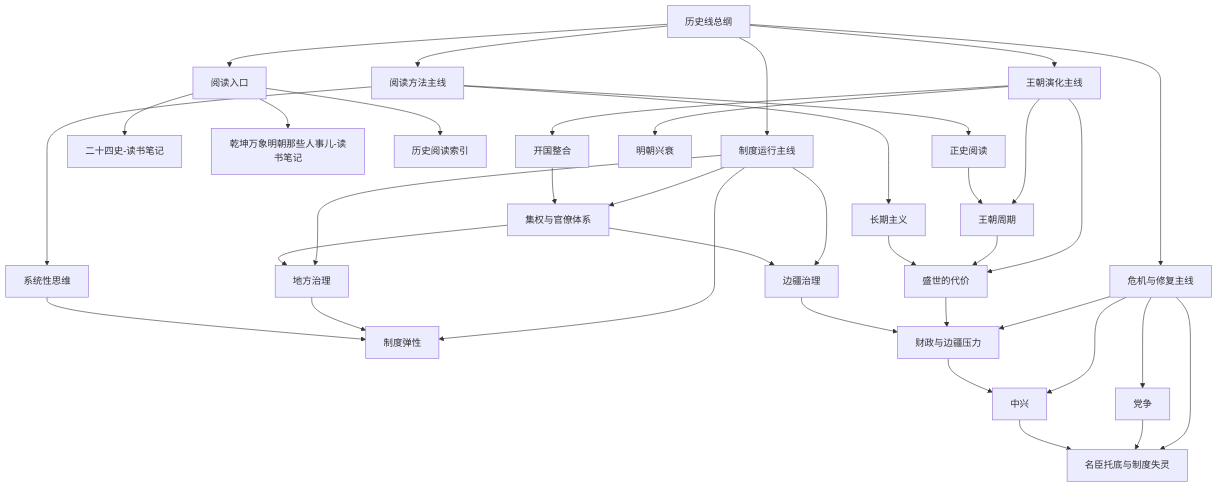
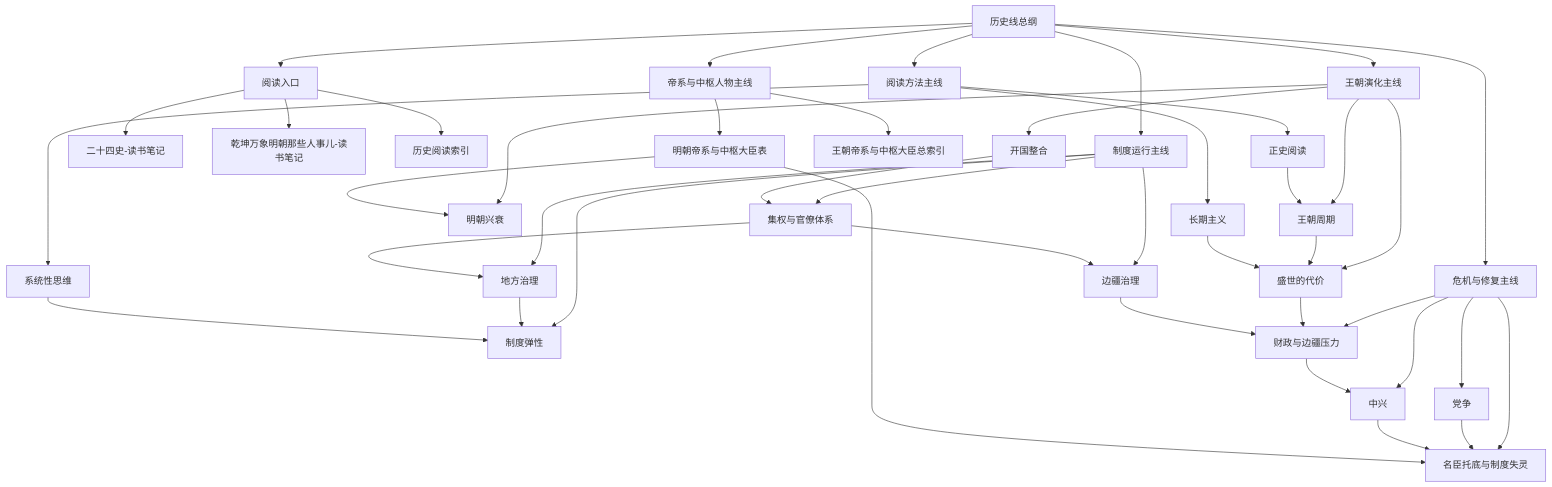
Before and after one commit to zhuguang-ZFG/reading: the diagram in 历史线总纲.md, drawn with Mermaid. The commit also changed other lines of this file and 4 other files, not shown here.

````diff
--- a/历史线总纲.md
+++ b/历史线总纲.md
@@ -23,47 +23,53 @@
 ```mermaid
 flowchart TD
     A[历史线总纲]
 
     A --> B[阅读入口]
     A --> C[王朝演化主线]
     A --> D[制度运行主线]
     A --> E[危机与修复主线]
     A --> F[阅读方法主线]
+    A --> G[帝系与中枢人物主线]
 
     B --> B1[二十四史-读书笔记]
     B --> B2[乾坤万象明朝那些人事儿-读书笔记]
     B --> B3[历史阅读索引]
 
     C --> C1[开国整合]
     C --> C2[王朝周期]
     C --> C3[盛世的代价]
     C --> C4[明朝兴衰]
 
     D --> D1[集权与官僚体系]
     D --> D2[地方治理]
     D --> D3[边疆治理]
     D --> D4[制度弹性]
 
     E --> E1[财政与边疆压力]
     E --> E2[党争]
     E --> E3[中兴]
     E --> E4[名臣托底与制度失灵]
 
     F --> F1[正史阅读]
     F --> F2[系统性思维]
     F --> F3[长期主义]
 
+    G --> G1[王朝帝系与中枢大臣总索引]
+    G --> G2[明朝帝系与中枢大臣表]
+
     C1 --> D1
     C2 --> C3
     C3 --> E1
     D1 --> D2
     D1 --> D3
     D2 --> D4
     D3 --> E1
     E1 --> E3
     E2 --> E4
     E3 --> E4
     F1 --> C2
     F2 --> D4
     F3 --> C3
+    G2 --> C4
+    G2 --> E4
 ```
````
